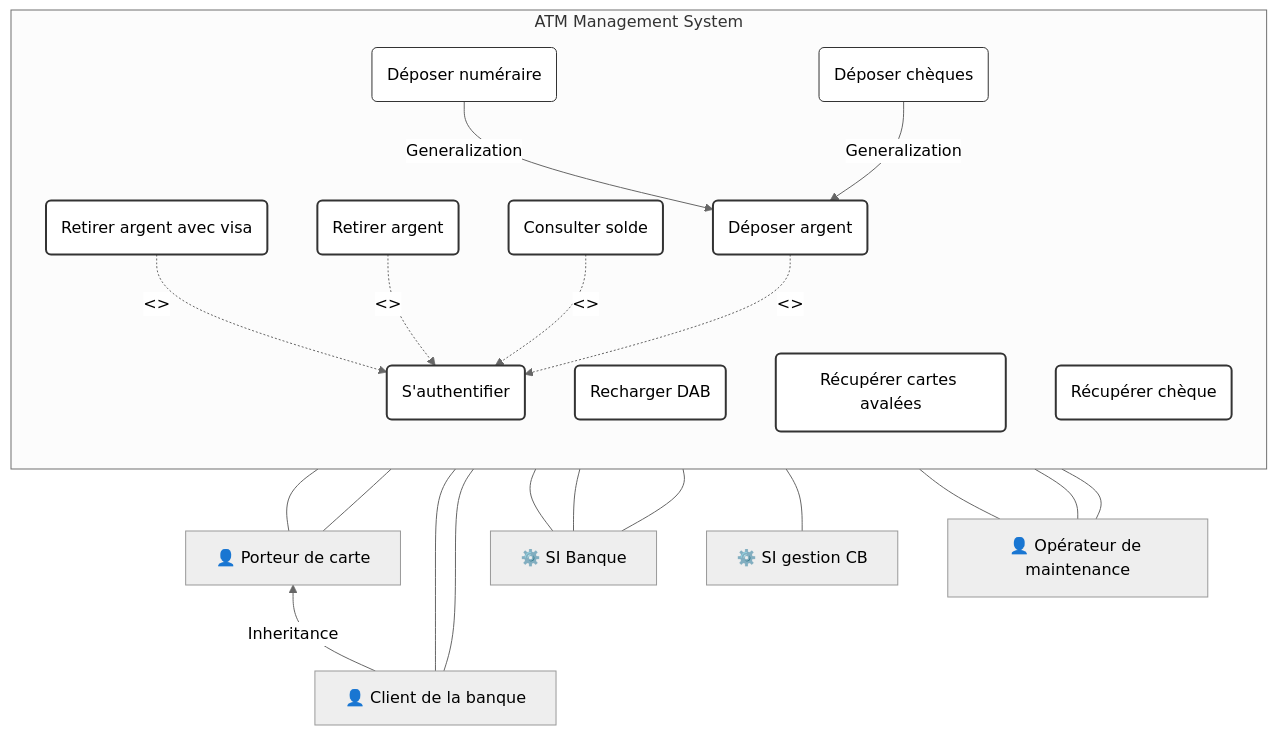
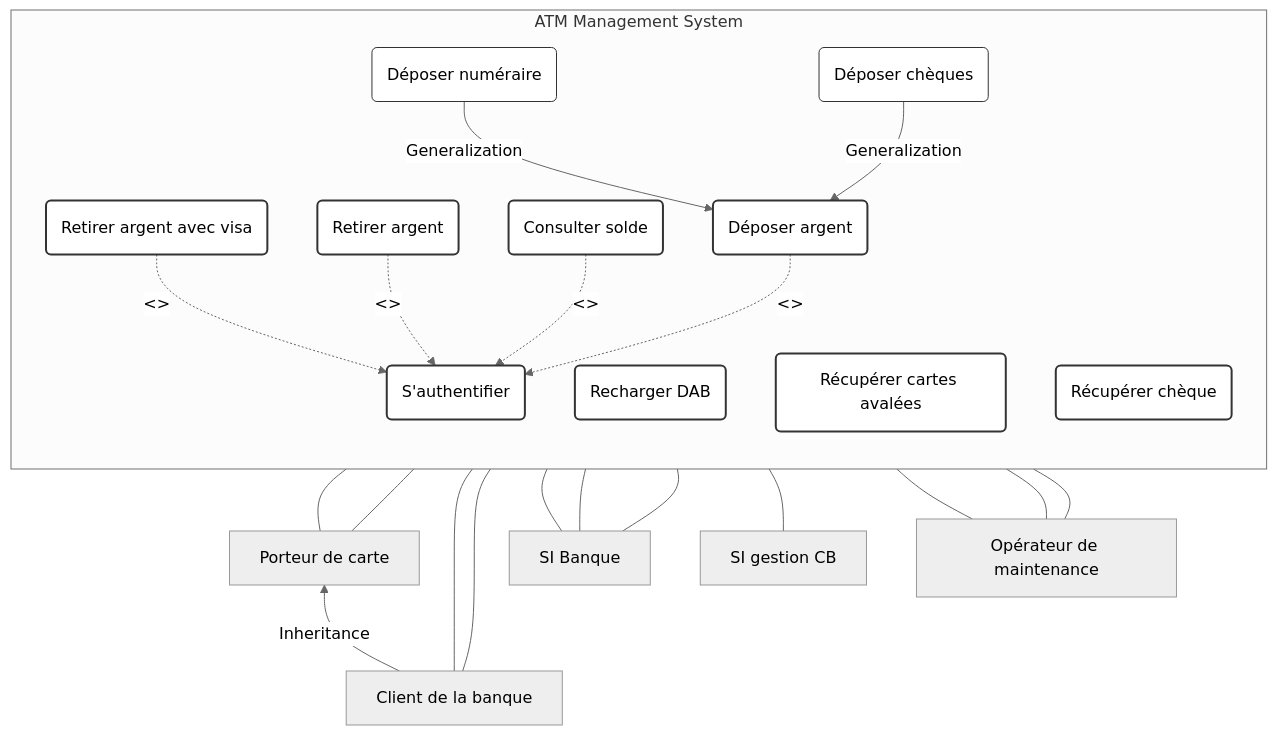
The fifth of 34 diagrams in Master 1/S2/Advanced Code Patterns/Chapter 1.1: Use Case Diagram/00100 Excercise.md (Vtheonly/Obsidian_Notes), drawn with Mermaid (neutral theme) before and after one commit. The commit also changed other lines of this file and 3934 other files, not shown here.

````diff
--- a/Master 1/S2/Advanced Code Patterns/Chapter 1.1: Use Case Diagram/00100 Excercise.md
+++ b/Master 1/S2/Advanced Code Patterns/Chapter 1.1: Use Case Diagram/00100 Excercise.md
@@ -282,51 +282,51 @@
 ```mermaid
 graph BT
     subgraph ATM Management System
         direction TB
         UC_WithdrawV(Retirer argent avec visa)
         UC_Withdraw(Retirer argent)
         UC_Balance(Consulter solde)
         UC_Deposit(Déposer argent)
         UC_DepCash(Déposer numéraire)
         UC_DepCheck(Déposer chèques)
         UC_Auth(S'authentifier)
         
         UC_Refill(Recharger DAB)
         UC_RetrieveCard(Récupérer cartes avalées)
         UC_RetrieveCheck(Récupérer chèque)
         
         UC_WithdrawV -.->|<<include>>| UC_Auth
         UC_Withdraw -.->|<<include>>| UC_Auth
         UC_Balance -.->|<<include>>| UC_Auth
         UC_Deposit -.->|<<include>>| UC_Auth
         
         UC_DepCash -->|Generalization| UC_Deposit
         UC_DepCheck -->|Generalization| UC_Deposit
     end
     
-    A_Holder["👤 Porteur de carte"] --- UC_WithdrawV
+    A_Holder[" Porteur de carte"] --- UC_WithdrawV
     A_Holder --- UC_Withdraw
-    A_BankClient["👤 Client de la banque"] -->|Inheritance| A_Holder
+    A_BankClient[" Client de la banque"] -->|Inheritance| A_Holder
     A_BankClient --- UC_Balance
     A_BankClient --- UC_Deposit
     
-    A_BankSys["⚙️ SI Banque"] --- UC_Auth
+    A_BankSys[" SI Banque"] --- UC_Auth
     A_BankSys --- UC_Balance
     A_BankSys --- UC_Deposit
-    A_CardSys["⚙️ SI gestion CB"] --- UC_Auth
+    A_CardSys[" SI gestion CB"] --- UC_Auth
     
-    A_Tech["👤 Opérateur de maintenance"] --- UC_Refill
+    A_Tech[" Opérateur de maintenance"] --- UC_Refill
     A_Tech --- UC_RetrieveCard
     A_Tech --- UC_RetrieveCheck
     
     style UC_WithdrawV fill:#fff,stroke:#333,stroke-width:2px;
     style UC_Withdraw fill:#fff,stroke:#333,stroke-width:2px;
     style UC_Balance fill:#fff,stroke:#333,stroke-width:2px;
     style UC_Deposit fill:#fff,stroke:#333,stroke-width:2px;
     style UC_DepCash fill:#fff,stroke:#333,stroke-width:1px;
     style UC_DepCheck fill:#fff,stroke:#333,stroke-width:1px;
     style UC_Auth fill:#fff,stroke:#333,stroke-width:2px;
     style UC_Refill fill:#fff,stroke:#333,stroke-width:2px;
     style UC_RetrieveCard fill:#fff,stroke:#333,stroke-width:2px;
     style UC_RetrieveCheck fill:#fff,stroke:#333,stroke-width:2px;
 ```
````
